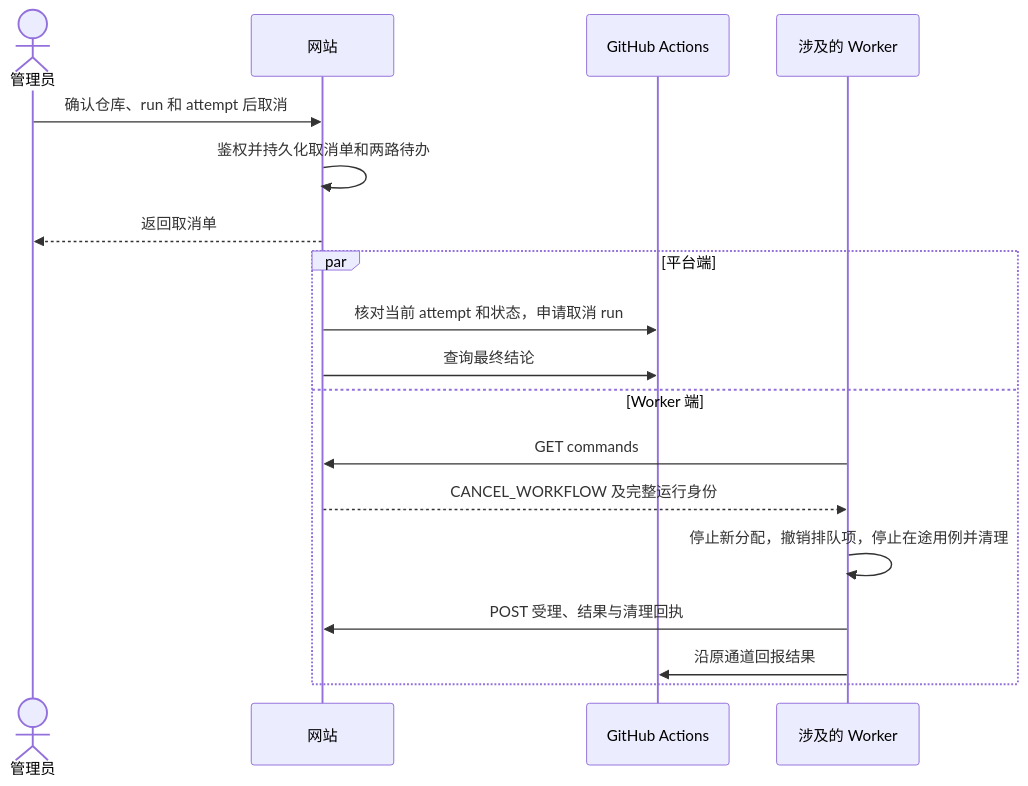
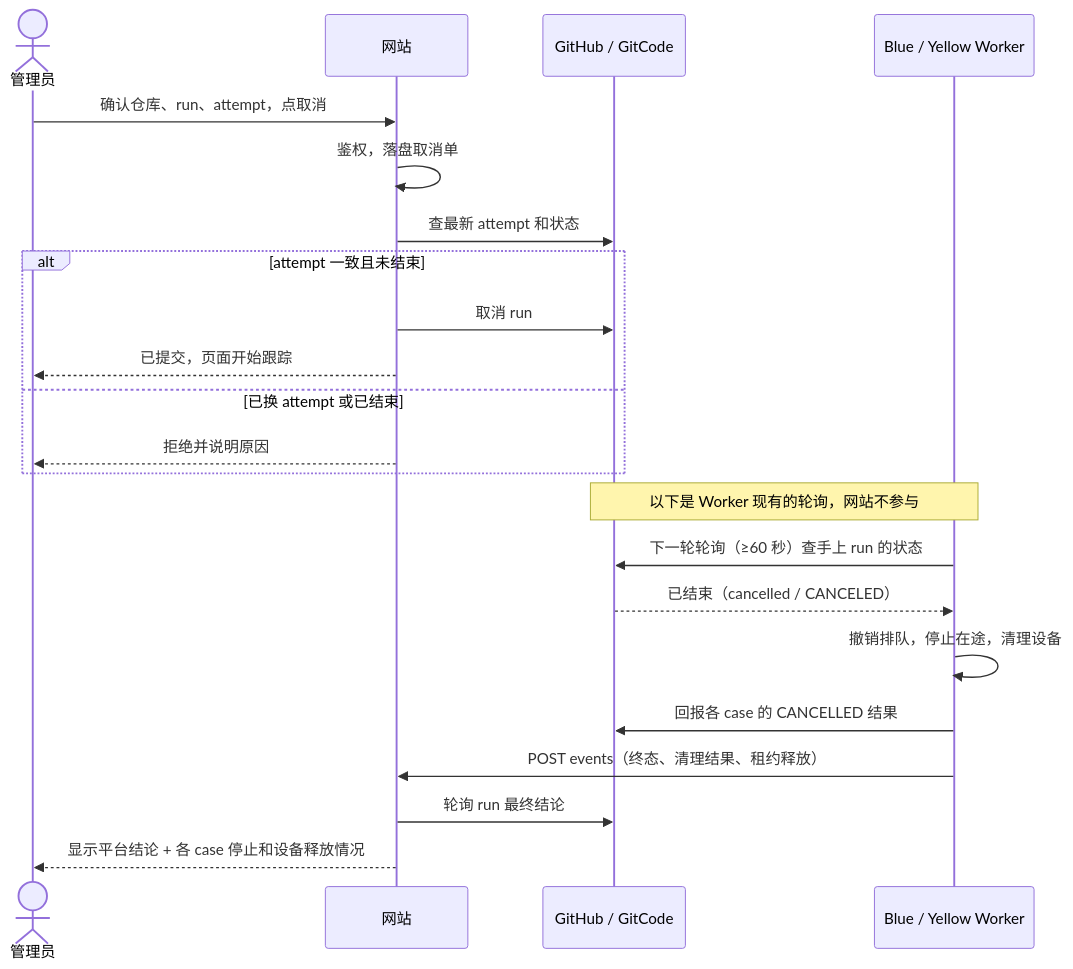
The fifth of 9 diagrams in control-center/docs/PRD.md (depeng1994/lite-actions), drawn with Mermaid before and after one commit. The commit also changed other lines of this file and 1 other file, not shown here.

````diff
--- a/control-center/docs/PRD.md
+++ b/control-center/docs/PRD.md
@@ -69,20 +197,24 @@
 ```mermaid
 sequenceDiagram
     actor U as 管理员
     participant S as 网站
-    participant P as GitHub Actions
-    participant W as 涉及的 Worker
-    U->>S: 确认仓库、run 和 attempt 后取消
-    S->>S: 鉴权并持久化取消单和两路待办
-    S-->>U: 返回取消单
-    par 平台端
-        S->>P: 核对当前 attempt 和状态，申请取消 run
-        S->>P: 查询最终结论
-    and Worker 端
-        W->>S: GET commands
-        S-->>W: CANCEL_WORKFLOW 及完整运行身份
-        W->>W: 停止新分配，撤销排队项，停止在途用例并清理
-        W->>S: POST 受理、结果与清理回执
-        W->>P: 沿原通道回报结果
+    participant P as GitHub / GitCode
+    participant W as Blue / Yellow Worker
+    U->>S: 确认仓库、run、attempt，点取消
+    S->>S: 鉴权，落盘取消单
+    S->>P: 查最新 attempt 和状态
+    alt attempt 一致且未结束
+        S->>P: 取消 run
+        S-->>U: 已提交，页面开始跟踪
+    else 已换 attempt 或已结束
+        S-->>U: 拒绝并说明原因
     end
+    Note over W,P: 以下是 Worker 现有的轮询，网站不参与
+    W->>P: 下一轮轮询（≥60 秒）查手上 run 的状态
+    P-->>W: 已结束（cancelled / CANCELED）
+    W->>W: 撤销排队，停止在途，清理设备
+    W->>P: 回报各 case 的 CANCELLED 结果
+    W->>S: POST events（终态、清理结果、租约释放）
+    S->>P: 轮询 run 最终结论
+    S-->>U: 显示平台结论 + 各 case 停止和设备释放情况
 ```
````
